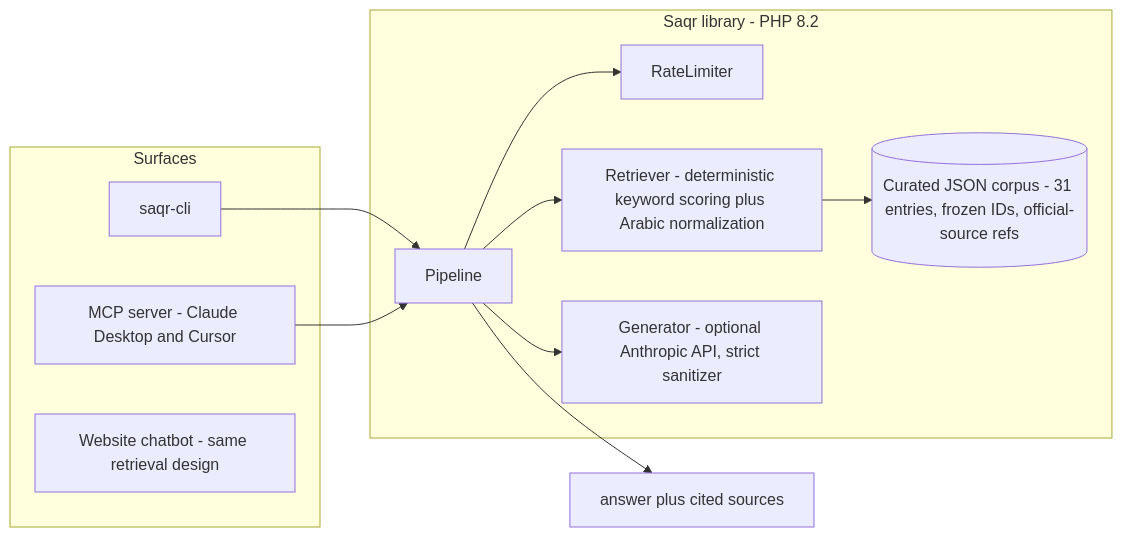
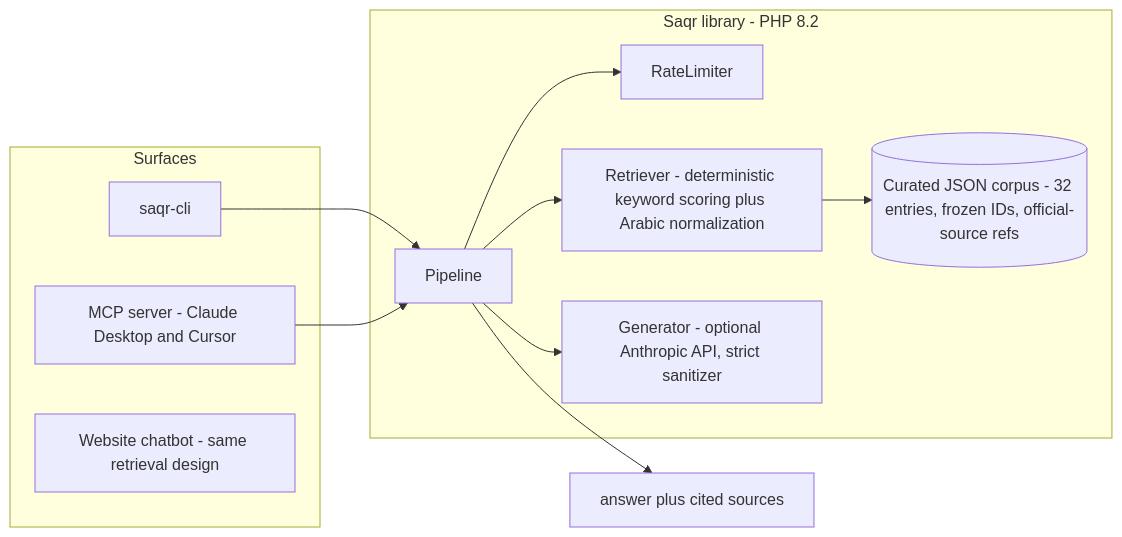
One commit to cybersafe-lab/saqr changed the diagram in README.md. Above: the diagram before and after it, drawn with Mermaid. The commit also changed other lines of this file and 4 other files, not shown here.

````diff
--- a/README.md
+++ b/README.md
@@ -20,17 +20,17 @@
 ```mermaid
 flowchart LR
     subgraph clients [Surfaces]
         CLI[saqr-cli]
         MCP[MCP server - Claude Desktop and Cursor]
         WP[Website chatbot - same retrieval design]
     end
     CLI --> P
     MCP --> P
     subgraph library [Saqr library - PHP 8.2]
         P[Pipeline] --> RL[RateLimiter]
         P --> R[Retriever - deterministic keyword scoring plus Arabic normalization]
-        R --> C[(Curated JSON corpus - 31 entries, frozen IDs, official-source refs)]
+        R --> C[(Curated JSON corpus - 32 entries, frozen IDs, official-source refs)]
         P --> G[Generator - optional Anthropic API, strict sanitizer]
     end
     P --> OUT[answer plus cited sources]
 ```
````
